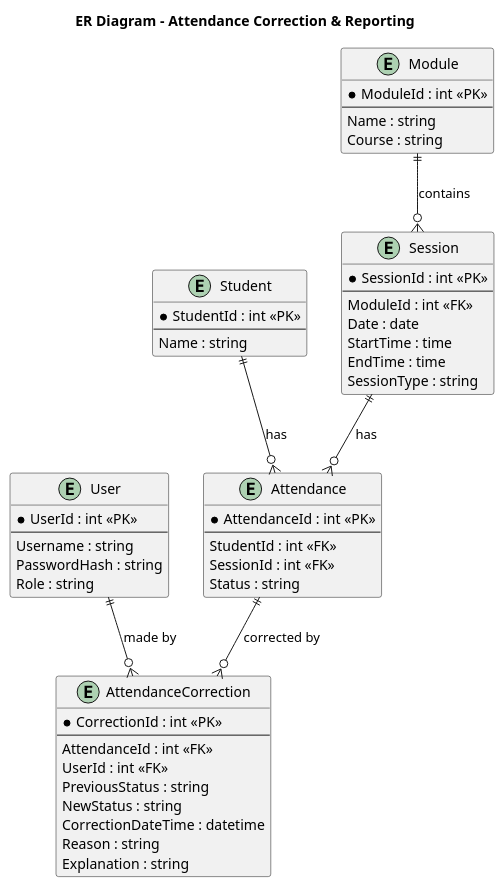
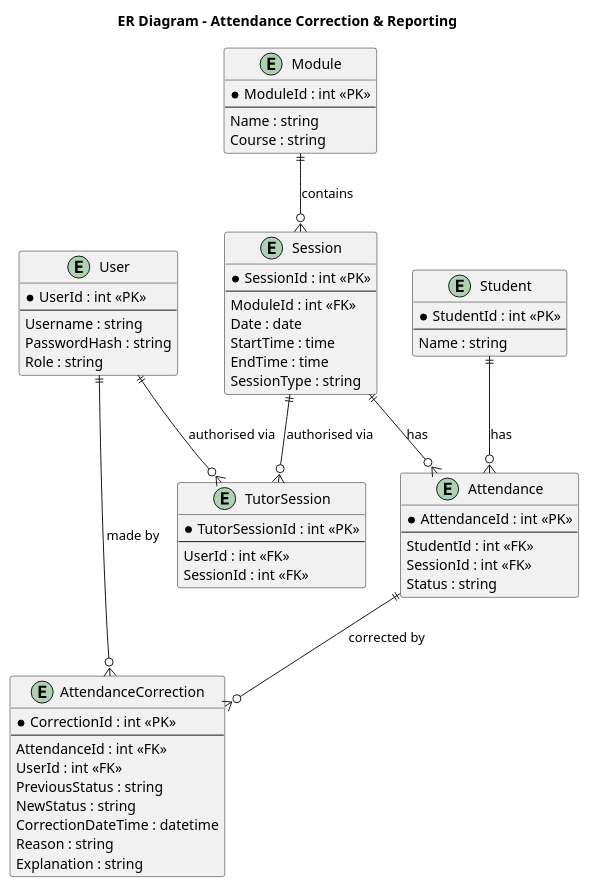
The diagram in diagrams/er-diagram.puml (Shelly855/attendance-monitoring-copy), drawn with PlantUML before and after one commit. The commit also changed 3 other files, not shown here.

Commit message:
fix diagrams

```diff
--- a/diagrams/er-diagram.puml
+++ b/diagrams/er-diagram.puml
@@ -1,61 +1,70 @@
 @startuml AttendanceMonitoringSystemERDiagram
 title ER Diagram - Attendance Correction & Reporting
 
 entity "User" as User {
   * UserId : int <<PK>>
   --
   Username : string
   PasswordHash : string
   Role : string
 }
 
 entity "Student" as Student {
   * StudentId : int <<PK>>
   --
   Name : string
 }
 
 entity "Module" as Module {
   * ModuleId : int <<PK>>
   --
   Name : string
   Course : string
 }
 
 entity "Session" as Session {
   * SessionId : int <<PK>>
   --
   ModuleId : int <<FK>>
   Date : date
   StartTime : time
   EndTime : time
   SessionType : string
 }
 
 entity "Attendance" as Attendance {
   * AttendanceId : int <<PK>>
   --
   StudentId : int <<FK>>
   SessionId : int <<FK>>
   Status : string
 }
 
 entity "AttendanceCorrection" as AttendanceCorrection {
   * CorrectionId : int <<PK>>
   --
   AttendanceId : int <<FK>>
   UserId : int <<FK>>
   PreviousStatus : string
   NewStatus : string
   CorrectionDateTime : datetime
   Reason : string
   Explanation : string
 }
 
+entity "TutorSession" as TutorSession {
+  * TutorSessionId : int <<PK>>
+  --
+  UserId : int <<FK>>
+  SessionId : int <<FK>>
+}
+
 Module ||--o{ Session : contains
 Student ||--o{ Attendance : has
 Session ||--o{ Attendance : has
 Attendance ||--o{ AttendanceCorrection : "corrected by"
 User ||--o{ AttendanceCorrection : "made by"
+User ||--o{ TutorSession : "authorised via"
+Session ||--o{ TutorSession : "authorised via"
 
 @enduml
```
